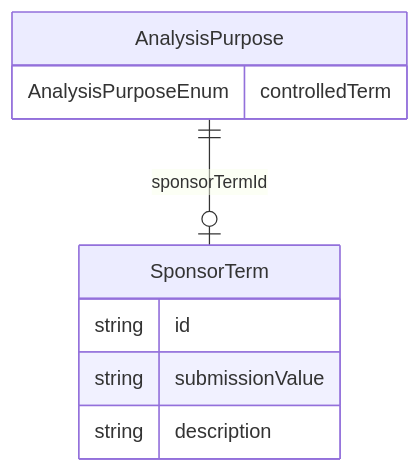
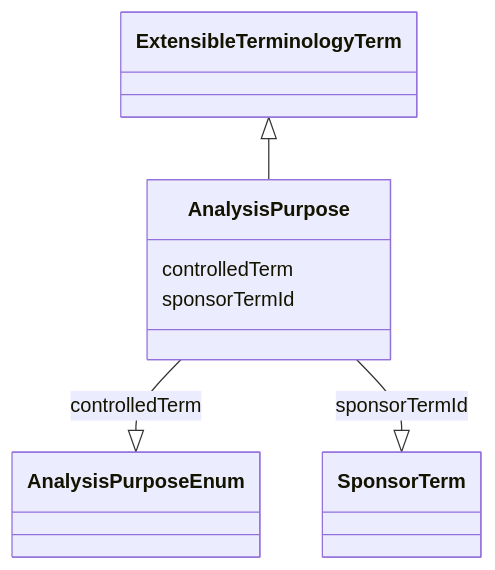
The diagram in project/docs/AnalysisPurpose.md (cdisc-org/analysis-results-standard), drawn with Mermaid before and after one commit. The commit also changed 256 other files, not shown here.

Commit message:
Documentation diagrams

````diff
--- a/project/docs/AnalysisPurpose.md
+++ b/project/docs/AnalysisPurpose.md
@@ -13,14 +15,15 @@
 ```mermaid
-erDiagram
-AnalysisPurpose {
-    AnalysisPurposeEnum controlledTerm  
-}
-SponsorTerm {
-    string id  
-    string submissionValue  
-    string description  
-}
-
-AnalysisPurpose ||--|o SponsorTerm : "sponsorTermId"
-
+ classDiagram
+    class AnalysisPurpose
+      ExtensibleTerminologyTerm <|-- AnalysisPurpose
+      
+      AnalysisPurpose : controlledTerm
+        
+          AnalysisPurpose --|> AnalysisPurposeEnum : controlledTerm
+        
+      AnalysisPurpose : sponsorTermId
+        
+          AnalysisPurpose --|> SponsorTerm : sponsorTermId
+        
+      
 ```
````
